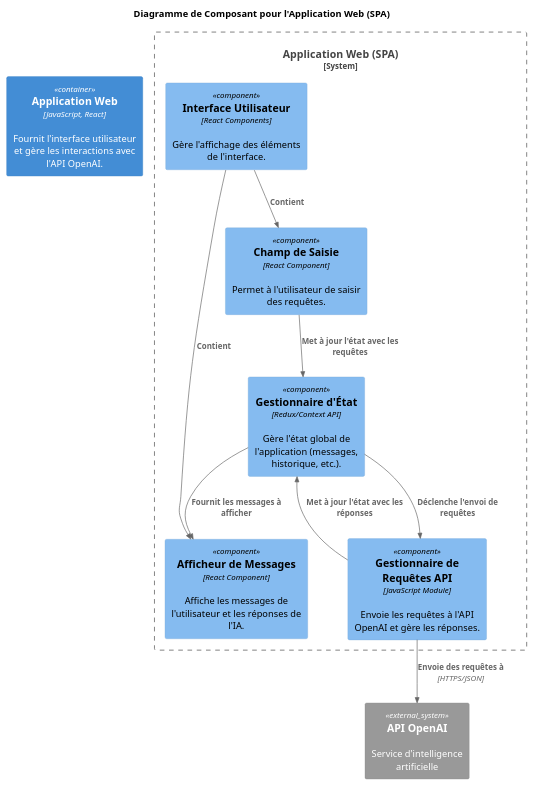
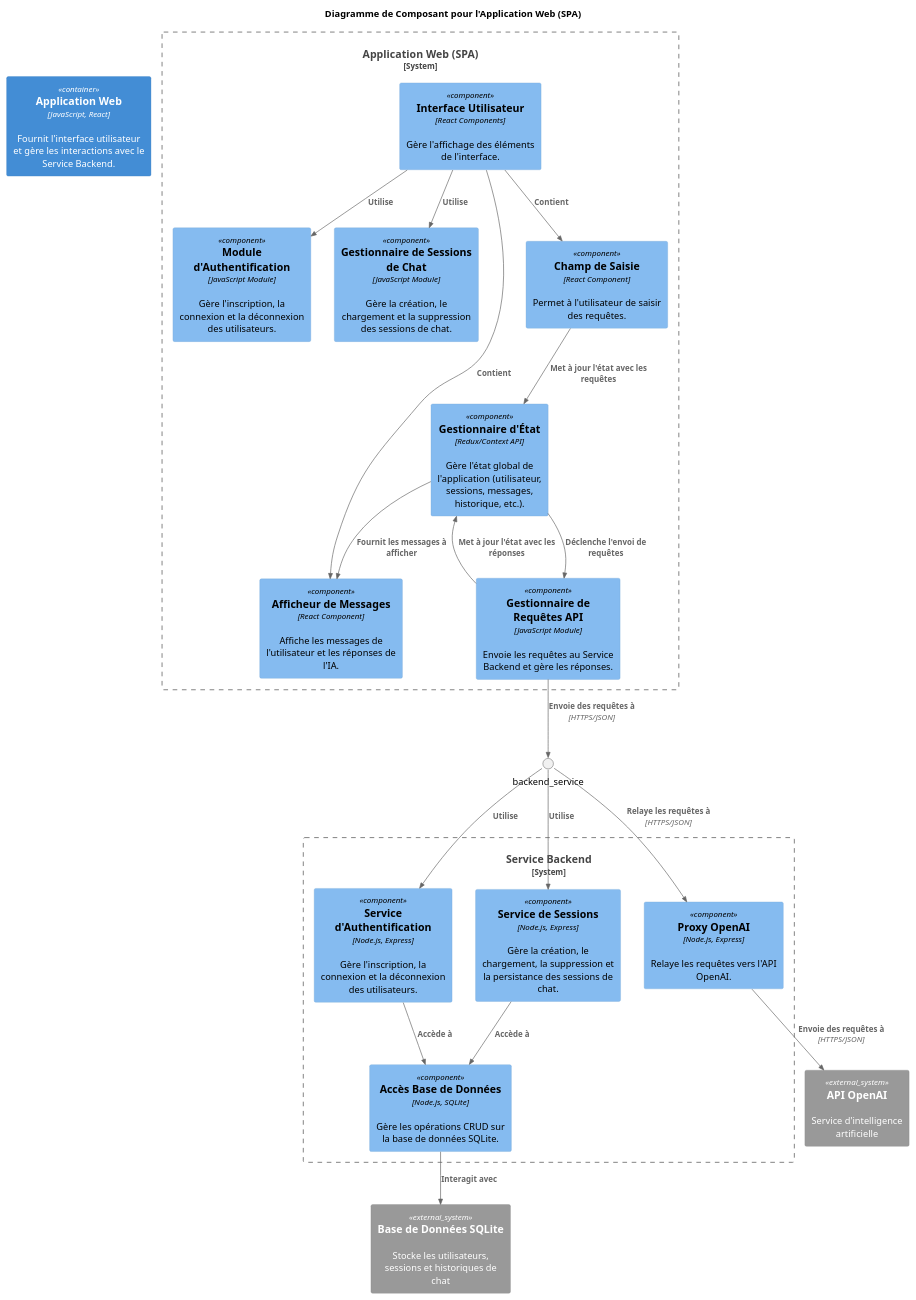
One commit to JeanPCordeiro/myAIChat changed the diagram in architecture/diagrams/component.puml. Above: the diagram before and after it, drawn with PlantUML. The commit also changed 9 other files, not shown here.

Commit message:
gestion des users et sessions - conception

```diff
--- a/architecture/diagrams/component.puml
+++ b/architecture/diagrams/component.puml
@@ -1,26 +1,47 @@
 @startuml
 !include https://raw.githubusercontent.com/plantuml-stdlib/C4-PlantUML/master/C4_Component.puml
 
 title Diagramme de Composant pour l'Application Web (SPA)
 
-Container(spa, "Application Web", "JavaScript, React", "Fournit l'interface utilisateur et gère les interactions avec l'API OpenAI.")
+Container(spa, "Application Web", "JavaScript, React", "Fournit l'interface utilisateur et gère les interactions avec le Service Backend.")
 
 System_Boundary(c2, "Application Web (SPA)") {
     Component(ui, "Interface Utilisateur", "React Components", "Gère l'affichage des éléments de l'interface.")
-    Component(api_request_handler, "Gestionnaire de Requêtes API", "JavaScript Module", "Envoie les requêtes à l'API OpenAI et gère les réponses.")
-    Component(state_manager, "Gestionnaire d'État", "Redux/Context API", "Gère l'état global de l'application (messages, historique, etc.).")
+    Component(auth_module, "Module d'Authentification", "JavaScript Module", "Gère l'inscription, la connexion et la déconnexion des utilisateurs.")
+    Component(chat_session_manager, "Gestionnaire de Sessions de Chat", "JavaScript Module", "Gère la création, le chargement et la suppression des sessions de chat.")
+    Component(api_request_handler, "Gestionnaire de Requêtes API", "JavaScript Module", "Envoie les requêtes au Service Backend et gère les réponses.")
+    Component(state_manager, "Gestionnaire d'État", "Redux/Context API", "Gère l'état global de l'application (utilisateur, sessions, messages, historique, etc.).")
     Component(message_display, "Afficheur de Messages", "React Component", "Affiche les messages de l'utilisateur et les réponses de l'IA.")
     Component(input_field, "Champ de Saisie", "React Component", "Permet à l'utilisateur de saisir des requêtes.")
 }
 
+System_Boundary(c3, "Service Backend") {
+    Component(auth_service, "Service d'Authentification", "Node.js, Express", "Gère l'inscription, la connexion et la déconnexion des utilisateurs.")
+    Component(session_service, "Service de Sessions", "Node.js, Express", "Gère la création, le chargement, la suppression et la persistance des sessions de chat.")
+    Component(openai_proxy, "Proxy OpenAI", "Node.js, Express", "Relaye les requêtes vers l'API OpenAI.")
+    Component(database_access, "Accès Base de Données", "Node.js, SQLite", "Gère les opérations CRUD sur la base de données SQLite.")
+}
+
 System_Ext(openai_api, "API OpenAI", "Service d'intelligence artificielle")
+System_Ext(sqlite_db, "Base de Données SQLite", "Stocke les utilisateurs, sessions et historiques de chat")
 
 Rel(ui, input_field, "Contient")
 Rel(ui, message_display, "Contient")
+Rel(ui, auth_module, "Utilise")
+Rel(ui, chat_session_manager, "Utilise")
+
 Rel(input_field, state_manager, "Met à jour l'état avec les requêtes")
 Rel(state_manager, api_request_handler, "Déclenche l'envoi de requêtes")
-Rel(api_request_handler, openai_api, "Envoie des requêtes à", "HTTPS/JSON")
+Rel(api_request_handler, backend_service, "Envoie des requêtes à", "HTTPS/JSON")
+Rel(backend_service, openai_proxy, "Relaye les requêtes à", "HTTPS/JSON")
+Rel(openai_proxy, openai_api, "Envoie des requêtes à", "HTTPS/JSON")
+Rel(backend_service, auth_service, "Utilise")
+Rel(backend_service, session_service, "Utilise")
+Rel(auth_service, database_access, "Accède à")
+Rel(session_service, database_access, "Accède à")
+Rel(database_access, sqlite_db, "Interagit avec")
+
 Rel(api_request_handler, state_manager, "Met à jour l'état avec les réponses")
 Rel(state_manager, message_display, "Fournit les messages à afficher")
 
 @enduml
```
